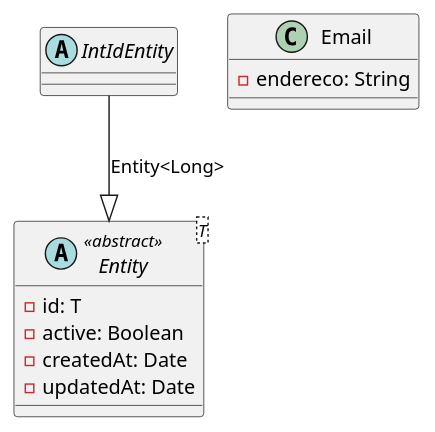
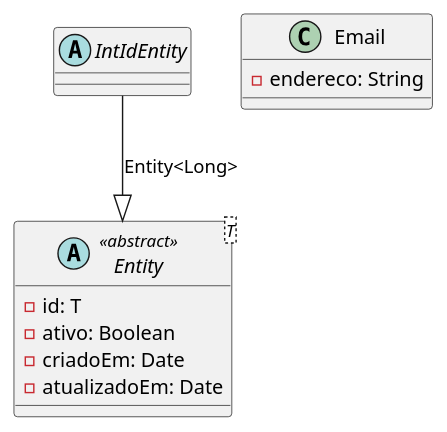
Before and after one commit to Wesley0010012/DSMA-Requisitos: the diagram in docs/classes/core/shared/domain/main.puml, drawn with PlantUML.

Commit message:
refactor: redefine dados de auditoria

```diff
--- a/docs/classes/core/shared/domain/main.puml
+++ b/docs/classes/core/shared/domain/main.puml
@@ -1,18 +1,18 @@
 @startuml "Domínio - Módulo Compartilhado"
 
 abstract class "Entity<T>" as EntityT <<abstract>> {
     - id: T
-    - active: Boolean
-    - createdAt: Date
-    - updatedAt: Date
+    - ativo: Boolean
+    - criadoEm: Date
+    - atualizadoEm: Date
 }
 
 abstract class IntIdEntity
 
 class Email {
     - endereco: String
 }
 
 IntIdEntity --|> EntityT : Entity<Long>
 
 @enduml
```
